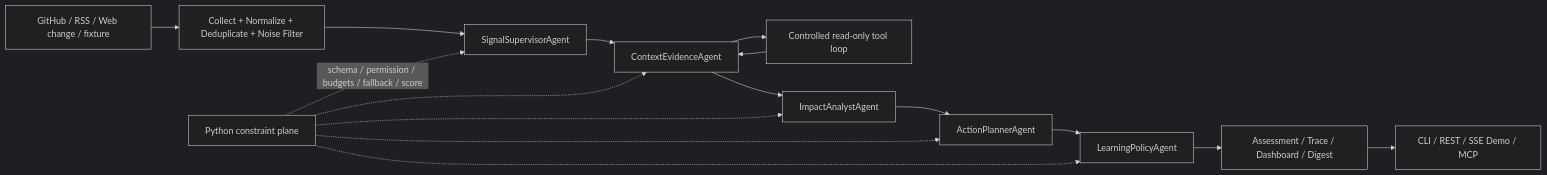
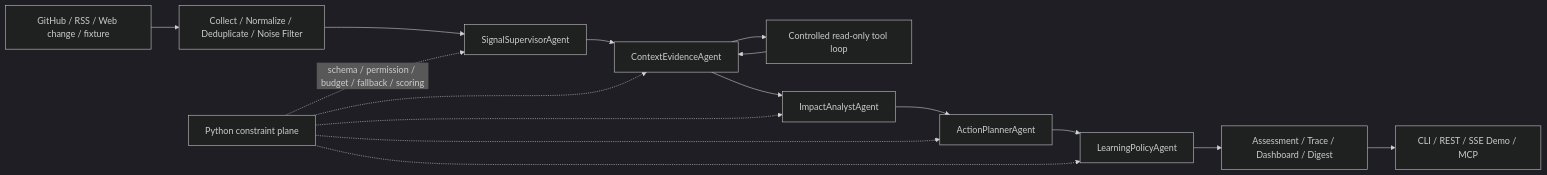
Before and after one commit to pocketvin/SignalHarness: the diagram in README.md, drawn with Mermaid (dark theme). The commit also changed other lines of this file and 6 other files, not shown here.

````diff
--- a/README.md
+++ b/README.md
@@ -62,23 +41,23 @@
 ```mermaid
 flowchart LR
     Sources[GitHub / RSS / Web change / fixture]
-    Collect[Collect + Normalize + Deduplicate + Noise Filter]
+    Collect[Collect / Normalize / Deduplicate / Noise Filter]
     Supervisor[SignalSupervisorAgent]
     Evidence[ContextEvidenceAgent]
     Tools[Controlled read-only tool loop]
     Impact[ImpactAnalystAgent]
     Action[ActionPlannerAgent]
     Learning[LearningPolicyAgent]
     Guard[Python constraint plane]
     Output[Assessment / Trace / Dashboard / Digest]
     Interfaces[CLI / REST / SSE Demo / MCP]
 
     Sources --> Collect --> Supervisor --> Evidence --> Impact --> Action --> Learning --> Output
     Evidence --> Tools --> Evidence
-    Guard -. schema / permission / budgets / fallback / score .-> Supervisor
+    Guard -. schema / permission / budget / fallback / scoring .-> Supervisor
     Guard -.-> Evidence
     Guard -.-> Impact
     Guard -.-> Action
     Guard -.-> Learning
     Output --> Interfaces
 ```
````
